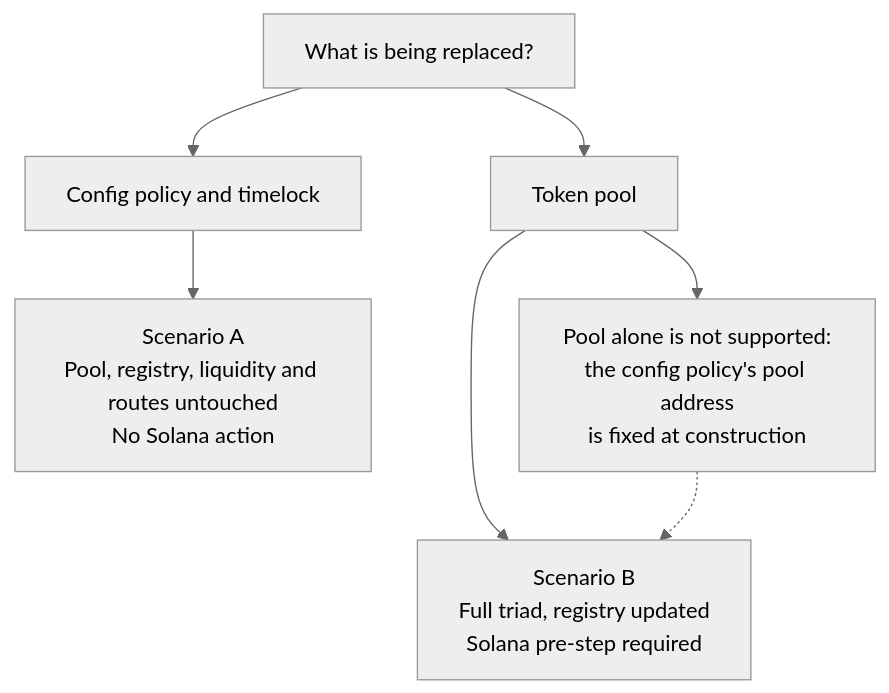
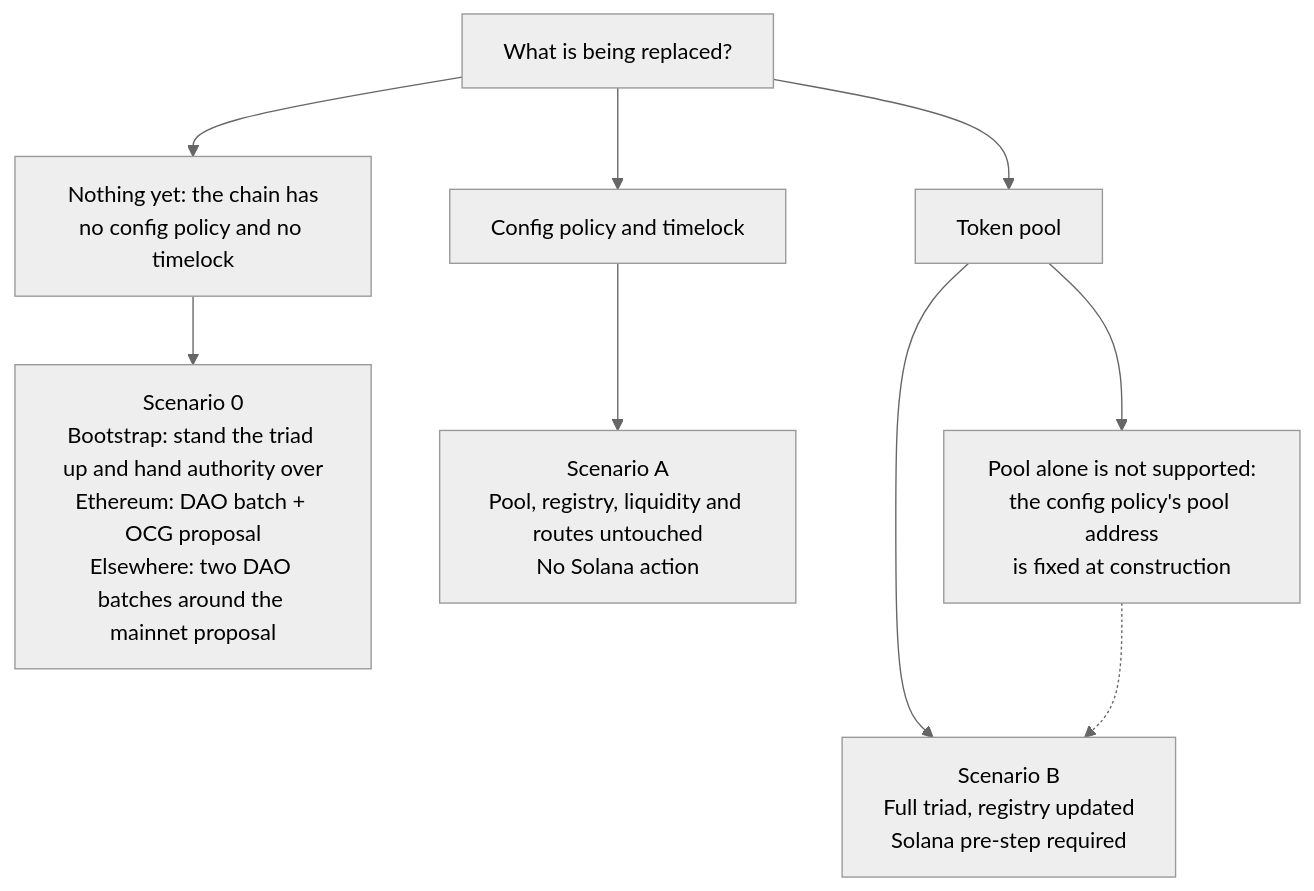
One commit to OlympusDAO/olympus-v3 changed the first of 7 diagrams in documentation/bridge/ccip/MIGRATION.md. Above: the diagram before and after it, drawn with Mermaid (neutral theme). The commit also changed other lines of this file, not shown here.

Commit message:
docs(ccip): add the bootstrap scenario in the migration document

````diff
--- a/documentation/bridge/ccip/MIGRATION.md
+++ b/documentation/bridge/ccip/MIGRATION.md
@@ -7,10 +7,12 @@
 ```mermaid
 flowchart TD
     START["What is being replaced?"]
+    START --> NONE["Nothing yet: the chain has<br/>no config policy and no timelock"]
     START --> CFGONLY["Config policy and timelock"]
     START --> WITHPOOL["Token pool"]
+    NONE --> S0["Scenario 0<br/>Bootstrap: stand the triad up and hand authority over<br/>Ethereum: DAO batch + OCG proposal<br/>Elsewhere: two DAO batches around the mainnet proposal"]
     CFGONLY --> A["Scenario A<br/>Pool, registry, liquidity and routes untouched<br/>No Solana action"]
     WITHPOOL --> B["Scenario B<br/>Full triad, registry updated<br/>Solana pre-step required"]
     WITHPOOL --> NOTSUP["Pool alone is not supported:<br/>the config policy's pool address<br/>is fixed at construction"]
     NOTSUP -.-> B
 ```
````
